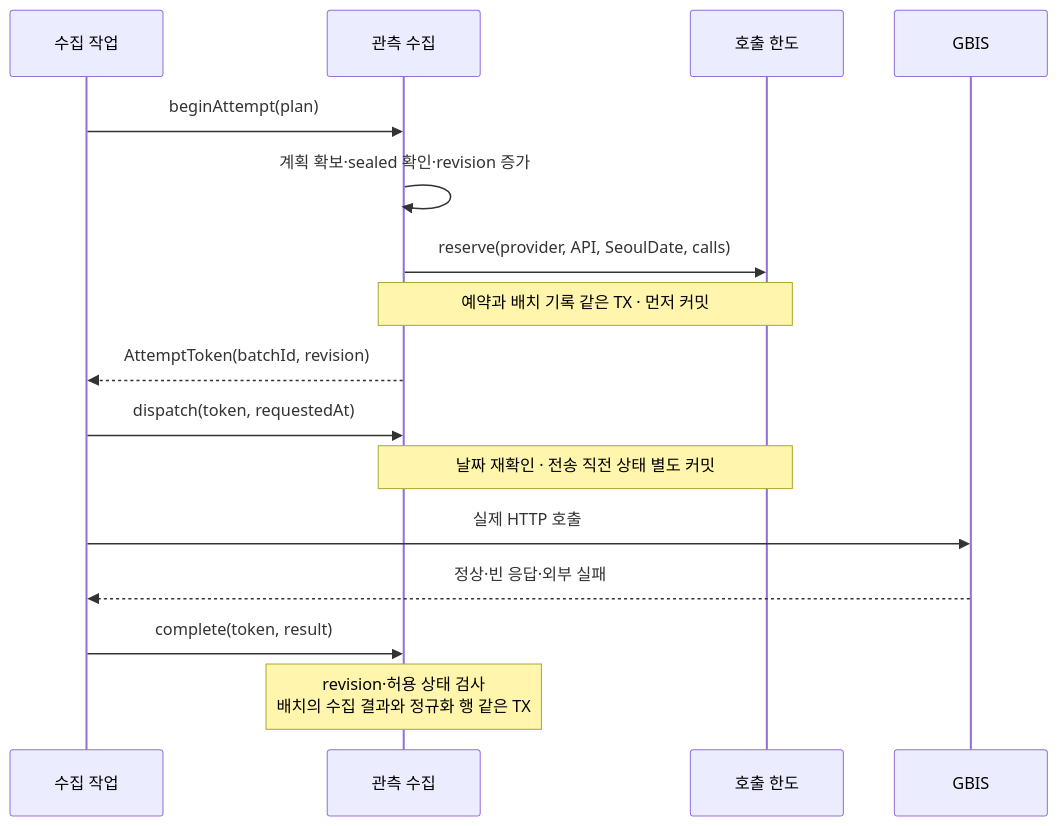
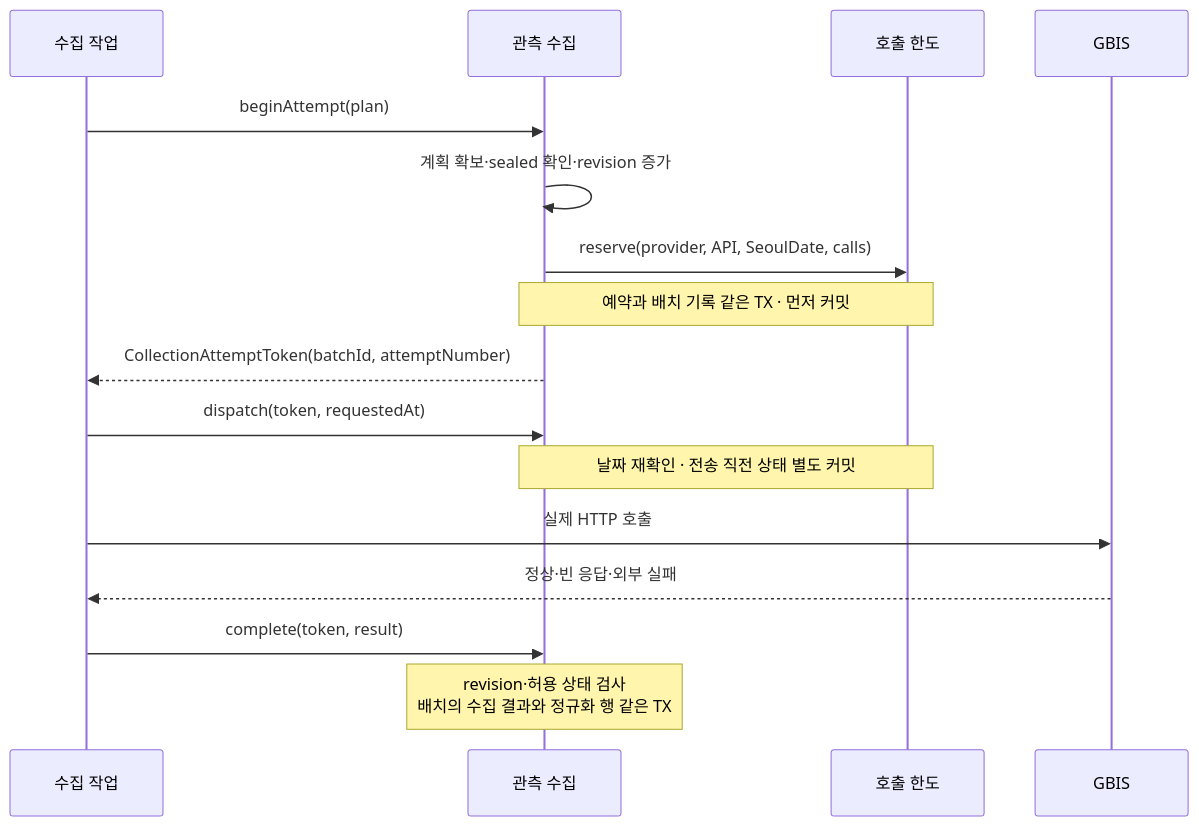
The fourth of 4 diagrams in docs/refactoring/ddd/00-design.md (woowacourse-teams/2026-salmonbus), drawn with Mermaid before and after one commit. The commit also changed other lines of this file and 8 other files, not shown here.

````diff
--- a/docs/refactoring/ddd/00-design.md
+++ b/docs/refactoring/ddd/00-design.md
@@ -612,18 +610,18 @@
 ```mermaid
 sequenceDiagram
   participant W as 수집 작업
   participant O as 관측 수집
   participant B as 호출 한도
   participant G as GBIS
   W->>O: beginAttempt(plan)
   O->>O: 계획 확보·sealed 확인·revision 증가
   O->>B: reserve(provider, API, SeoulDate, calls)
   Note over O,B: 예약과 배치 기록 같은 TX · 먼저 커밋
-  O-->>W: AttemptToken(batchId, revision)
+  O-->>W: CollectionAttemptToken(batchId, attemptNumber)
   W->>O: dispatch(token, requestedAt)
   Note over O,B: 날짜 재확인 · 전송 직전 상태 별도 커밋
   W->>G: 실제 HTTP 호출
   G-->>W: 정상·빈 응답·외부 실패
   W->>O: complete(token, result)
   Note over O: revision·허용 상태 검사<br/>배치의 수집 결과와 정규화 행 같은 TX
 ```
````
